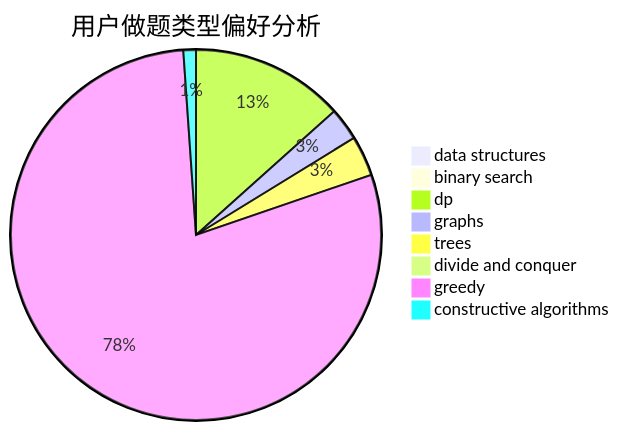
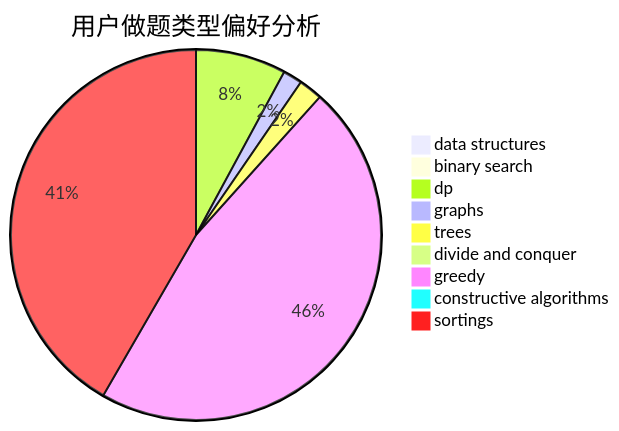
One commit to sherpahu/cfrs.github.io changed the second of 3 diagrams in docs/user/u984.md. Above: the diagram before and after it, drawn with Mermaid. The commit also changed other lines of this file and 2769 other files, not shown here.

````diff
--- a/docs/user/u984.md
+++ b/docs/user/u984.md
@@ -23,11 +18,12 @@
 ```mermaid
 pie title 用户做题类型偏好分析
     "data structures" :  1
     "binary search" :  3
     "dp" :  61
     "graphs" :  13
     "trees" :  16
     "divide and conquer" :  0
     "greedy" :  361
     "constructive algorithms" :  5
+    "sortings" :  322
 ```
````
